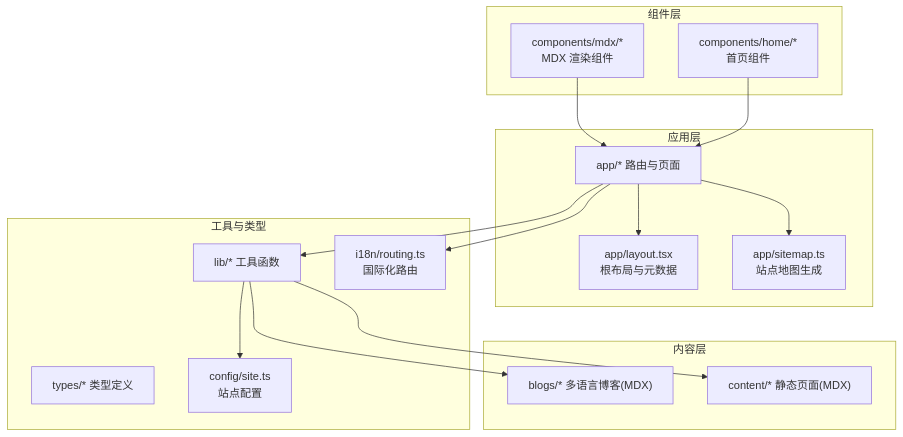
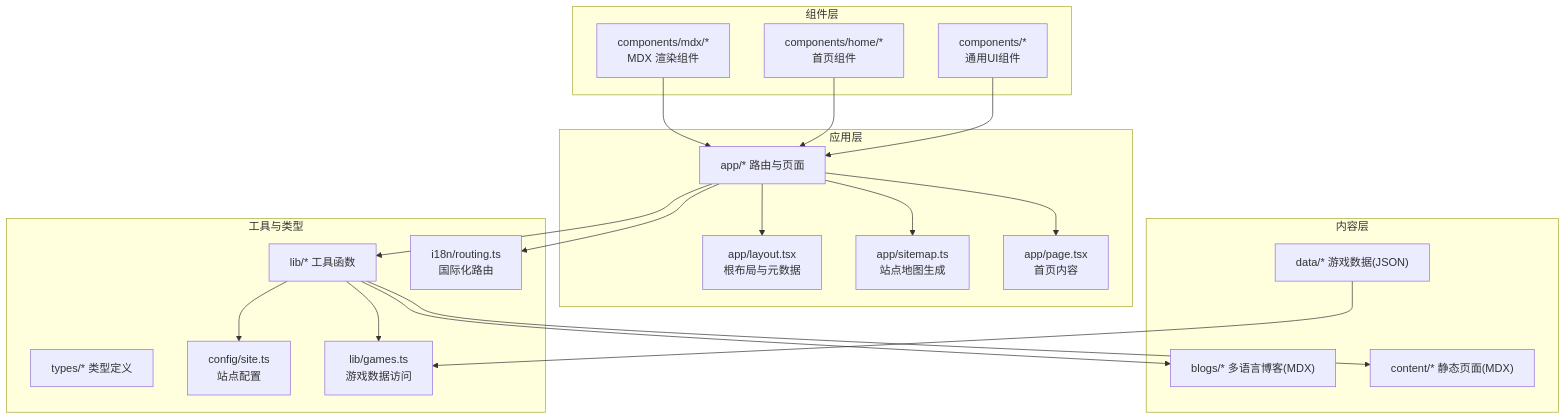
The first of 4 diagrams in .qoder/repowiki/zh/content/内容管理系统/内容管理系统.md (billychou/linkedin-answer), drawn with Mermaid before and after one commit. The commit also changed other lines of this file and 4 other files, not shown here.

````diff
--- a/.qoder/repowiki/zh/content/内容管理系统/内容管理系统.md
+++ b/.qoder/repowiki/zh/content/内容管理系统/内容管理系统.md
@@ -52,31 +66,39 @@
 ```mermaid
 graph TB
 subgraph "应用层"
 APP["app/* 路由与页面"]
 LAYOUT["app/layout.tsx<br/>根布局与元数据"]
 SITEMAP["app/sitemap.ts<br/>站点地图生成"]
+PAGE["app/page.tsx<br/>首页内容"]
 end
 subgraph "内容层"
 BLOGS["blogs/* 多语言博客(MDX)"]
 CONTENT["content/* 静态页面(MDX)"]
+DATA["data/* 游戏数据(JSON)"]
 end
 subgraph "工具与类型"
 LIB["lib/* 工具函数"]
 TYPES["types/* 类型定义"]
 CONFIG["config/site.ts<br/>站点配置"]
 I18N["i18n/routing.ts<br/>国际化路由"]
+GAMES["lib/games.ts<br/>游戏数据访问"]
 end
 subgraph "组件层"
 MDX["components/mdx/*<br/>MDX 渲染组件"]
 HOME["components/home/*<br/>首页组件"]
+COMPONENTS["components/*<br/>通用UI组件"]
 end
 APP --> LAYOUT
 APP --> SITEMAP
+APP --> PAGE
 APP --> LIB
 APP --> I18N
 LIB --> BLOGS
 LIB --> CONTENT
 LIB --> CONFIG
+LIB --> GAMES
 MDX --> APP
 HOME --> APP
+COMPONENTS --> APP
+DATA --> GAMES
 ```
````
